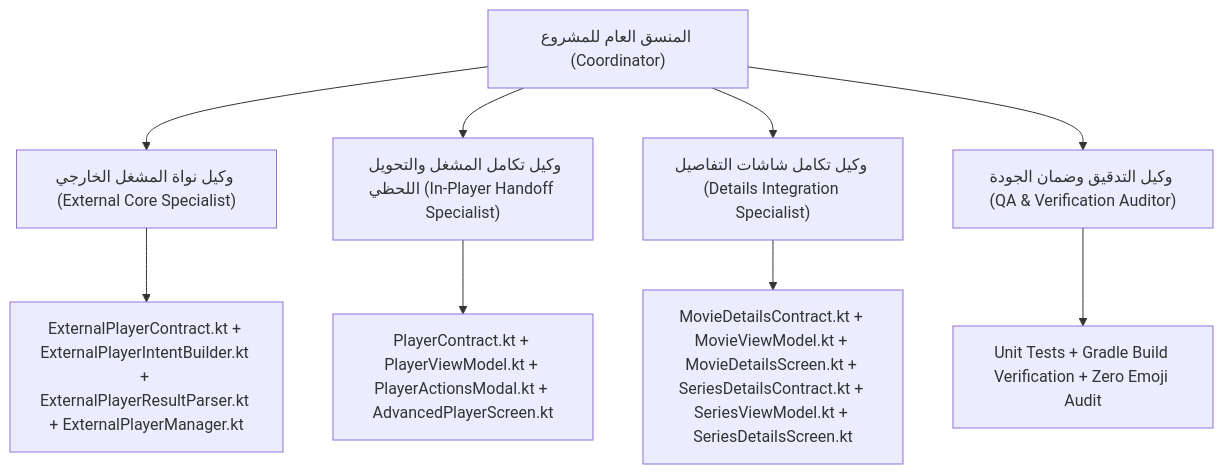
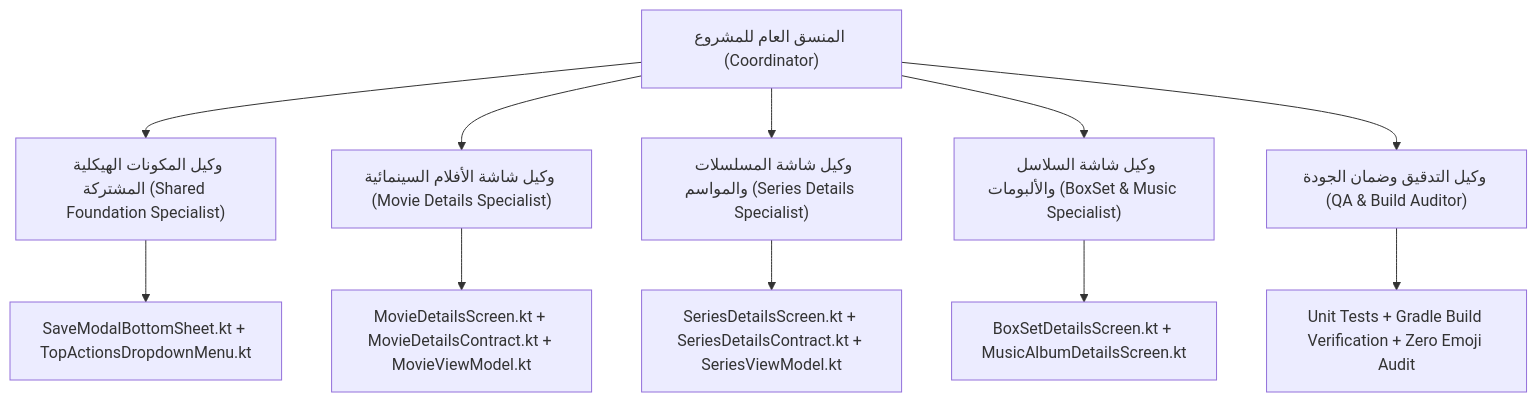
The diagram in tasks/active_task.md (0s-a/mdd-tv), drawn with Mermaid before and after one commit. The commit also changed other lines of this file and 22 other files, not shown here.

````diff
--- a/tasks/active_task.md
+++ b/tasks/active_task.md
@@ -12,12 +12,14 @@
 ```mermaid
 flowchart TD
-    Coordinator["المنسق العام للمشروع (Coordinator)"] --> Worker1["وكيل نواة المشغل الخارجي (External Core Specialist)"]
-    Coordinator --> Worker2["وكيل تكامل المشغل والتحويل اللحظي (In-Player Handoff Specialist)"]
-    Coordinator --> Worker3["وكيل تكامل شاشات التفاصيل (Details Integration Specialist)"]
-    Coordinator --> Worker4["وكيل التدقيق وضمان الجودة (QA & Verification Auditor)"]
+    Coordinator["المنسق العام للمشروع (Coordinator)"] --> W0["وكيل المكونات الهيكلية المشتركة (Shared Foundation Specialist)"]
+    Coordinator --> W1["وكيل شاشة الأفلام السينمائية (Movie Details Specialist)"]
+    Coordinator --> W2["وكيل شاشة المسلسلات والمواسم (Series Details Specialist)"]
+    Coordinator --> W3["وكيل شاشة السلاسل والألبومات (BoxSet & Music Specialist)"]
+    Coordinator --> W4["وكيل التدقيق وضمان الجودة (QA & Build Auditor)"]
 
-    Worker1 --> F1["ExternalPlayerContract.kt + ExternalPlayerIntentBuilder.kt + ExternalPlayerResultParser.kt + ExternalPlayerManager.kt"]
-    Worker2 --> F2["PlayerContract.kt + PlayerViewModel.kt + PlayerActionsModal.kt + AdvancedPlayerScreen.kt"]
-    Worker3 --> F3["MovieDetailsContract.kt + MovieViewModel.kt + MovieDetailsScreen.kt + SeriesDetailsContract.kt + SeriesViewModel.kt + SeriesDetailsScreen.kt"]
-    Worker4 --> F4["Unit Tests + Gradle Build Verification + Zero Emoji Audit"]
+    W0 --> F0["SaveModalBottomSheet.kt + TopActionsDropdownMenu.kt"]
+    W1 --> F1["MovieDetailsScreen.kt + MovieDetailsContract.kt + MovieViewModel.kt"]
+    W2 --> F2["SeriesDetailsScreen.kt + SeriesDetailsContract.kt + SeriesViewModel.kt"]
+    W3 --> F3["BoxSetDetailsScreen.kt + MusicAlbumDetailsScreen.kt"]
+    W4 --> F4["Unit Tests + Gradle Build Verification + Zero Emoji Audit"]
 ```
````
